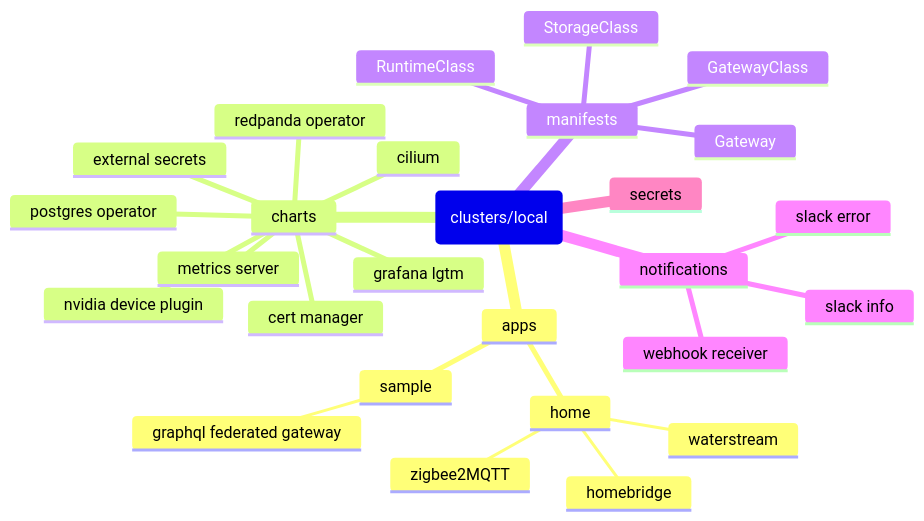
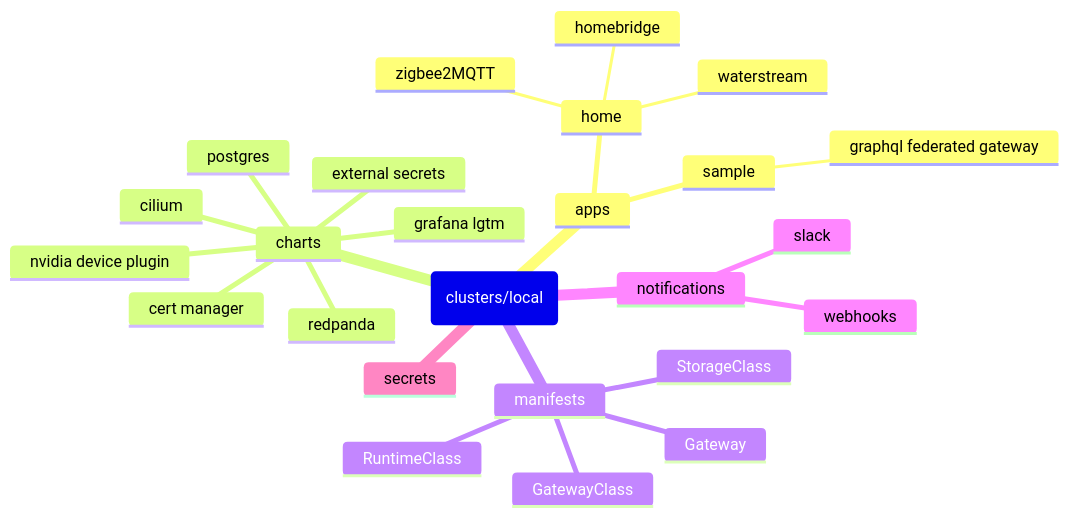
One commit to dudo/turing-pi changed the diagram in README.md. Above: the diagram before and after it, drawn with Mermaid.

Commit message:
less words

````diff
--- a/README.md
+++ b/README.md
@@ -13,30 +13,28 @@
 ```mermaid
 mindmap
   root(clusters/local)
     apps
       home
         homebridge
         waterstream
         zigbee2MQTT
       sample
         graphql federated gateway
     charts
       cert manager
       cilium
       external secrets
       grafana lgtm
-      metrics server
       nvidia device plugin
-      postgres operator
-      redpanda operator
+      postgres
+      redpanda
     manifests
       GatewayClass
       Gateway
       RuntimeClass
       StorageClass
     notifications
-      slack error
-      slack info
-      webhook receiver
+      slack
+      webhooks
     secrets
 ```
````
